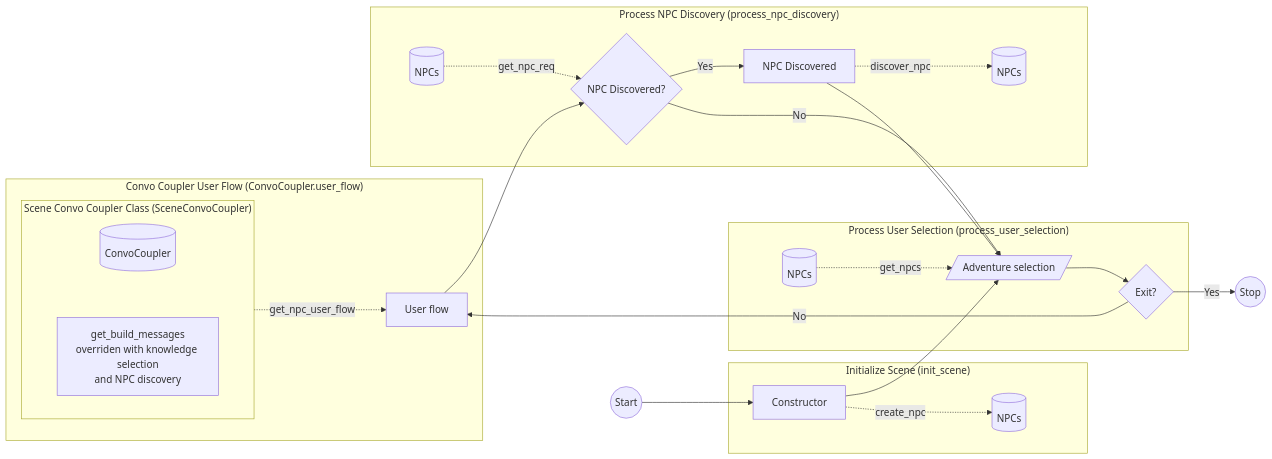
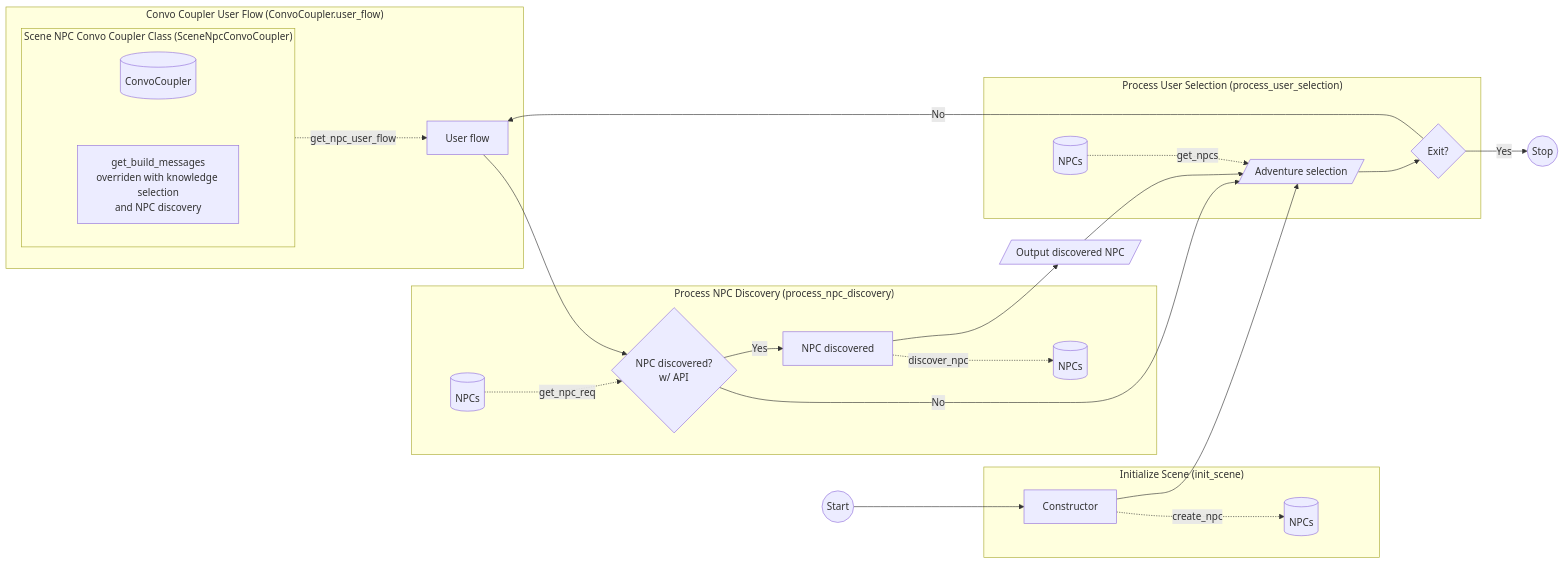
One commit to LioQing/verbose-adventure changed the first of 3 diagrams in README.md. Above: the diagram before and after it, drawn with Mermaid. The commit also changed other lines of this file and 4 other files, not shown here.

````diff
--- a/README.md
+++ b/README.md
@@ -11,52 +11,54 @@
 ```mermaid
 flowchart LR
     start((Start))
     stop((Stop))
+    outputDiscoveredMessage[/Output discovered NPC/]
 
     subgraph "Initialize Scene (init_scene)"
         construct[Constructor]
         adventuresDB[(NPCs)]
     end
 
     subgraph "Process User Selection (process_user_selection)"
         adventuresDB1[(NPCs)]
         selection[/Adventure selection/]
         exitQ{Exit?}
     end
 
     subgraph "Process NPC Discovery (process_npc_discovery)"
         npcDiscoveryReq[(NPCs)]
-        discoveredQ{NPC Discovered?}
-        discoverd[NPC Discovered]
+        discoveredQ{NPC discovered?\nw/ API}
+        discoverd[NPC discovered]
         npcDiscovered[(NPCs)]
     end
 
     subgraph "Convo Coupler User Flow (ConvoCoupler.user_flow)"
         userflow[User flow]
-        subgraph convoCoupler["Scene Convo Coupler Class (SceneConvoCoupler)"]
+        subgraph convoCoupler["Scene NPC Convo Coupler Class (SceneNpcConvoCoupler)"]
             direction TB
             adventureDB[(ConvoCoupler)]
             get_built_messages[get_build_messages\noverriden with knowledge selection\nand NPC discovery]
 
             adventureDB ~~~ get_built_messages
         end
     end
 
     start --> construct
     construct -.create_npc.-> adventuresDB
 
     npcDiscoveryReq -.get_npc_req.-> discoveredQ
     discoveredQ -- No --> selection
     discoveredQ -- Yes --> discoverd
     discoverd -.discover_npc.-> npcDiscovered
-    discoverd --> selection
+    discoverd --> outputDiscoveredMessage
+    outputDiscoveredMessage --> selection
 
     userflow --> discoveredQ
     convoCoupler -.get_npc_user_flow.-> userflow
 
     construct --> selection
     adventuresDB1 -.get_npcs.-> selection
     selection --> exitQ
     exitQ -- Yes --> stop
     exitQ -- No --> userflow
 ```
````
